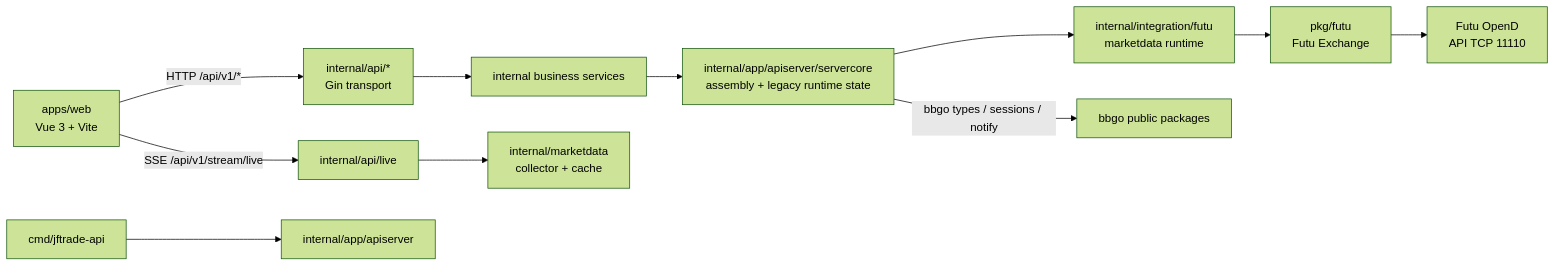
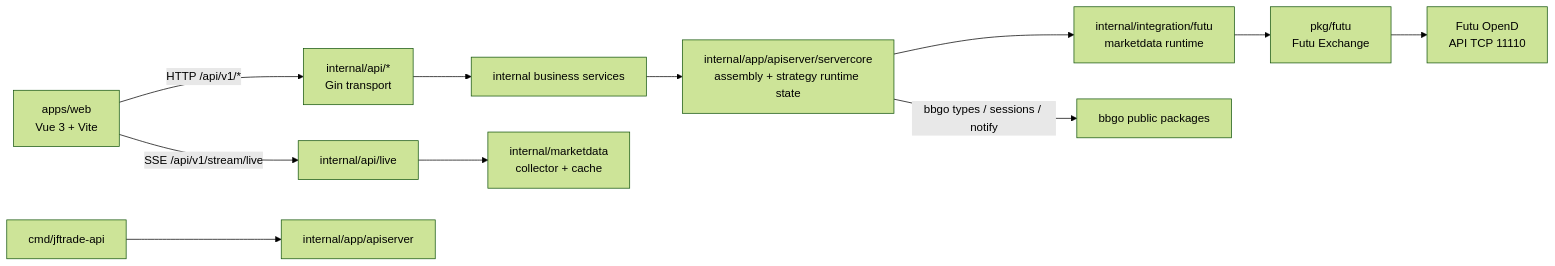
Before and after one commit to Dennishaha/JFTrade: the diagram in docs/architecture.md, drawn with Mermaid (forest theme). The commit also changed other lines of this file and 5 other files, not shown here.

````diff
--- a/docs/architecture.md
+++ b/docs/architecture.md
@@ -22,14 +22,14 @@
 ```mermaid
 flowchart LR
     Web[apps/web\nVue 3 + Vite] -->|HTTP /api/v1/*| API[internal/api/*\nGin transport]
     Web -->|SSE /api/v1/stream/live| LiveAPI[internal/api/live]
     API --> Services[internal business services]
     LiveAPI --> MarketData[internal/marketdata\ncollector + cache]
-    Services --> ServerCore[internal/app/apiserver/servercore\nassembly + legacy runtime state]
+    Services --> ServerCore[internal/app/apiserver/servercore\nassembly + strategy runtime state]
     ServerCore --> FutuIntegration[internal/integration/futu\nmarketdata runtime]
     FutuIntegration --> Futu[pkg/futu\nFutu Exchange]
     Futu --> OpenD[Futu OpenD\nAPI TCP 11110]
 
     CLI[cmd/jftrade-api] --> App[internal/app/apiserver]
     ServerCore -->|bbgo types / sessions / notify| BBGOPrimitives[bbgo public packages]
 ```
````
